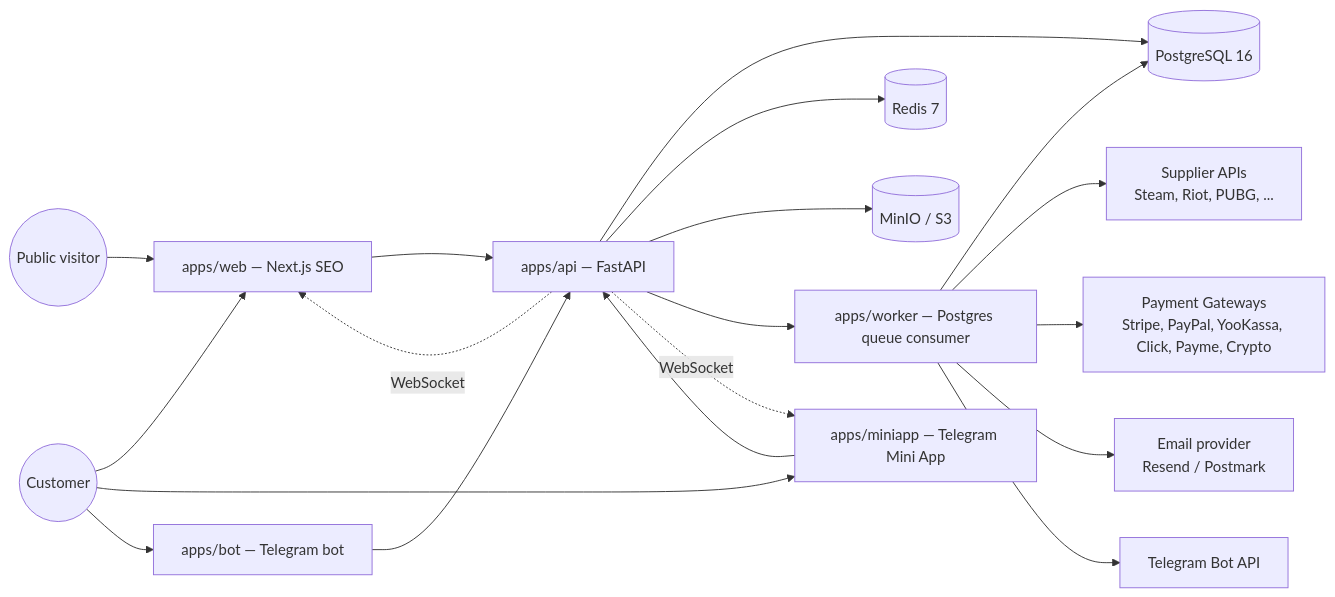
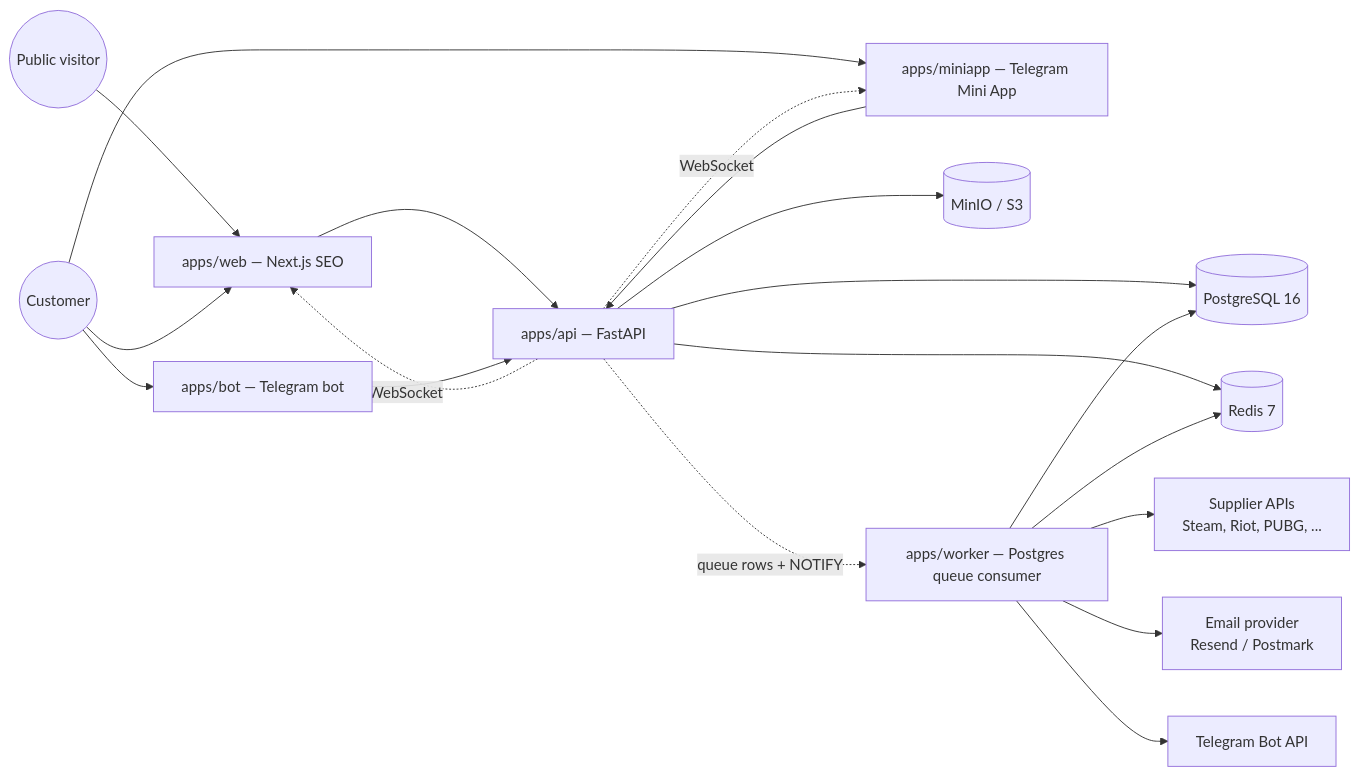
Before and after one commit to jamaomonov/yupay: the diagram in docs/architecture/overview.md, drawn with Mermaid. The commit also changed 7 other files, not shown here.

````diff
--- a/docs/architecture/overview.md
+++ b/docs/architecture/overview.md
@@ -10,23 +10,23 @@
 ```mermaid
 flowchart LR
     Visitor((Public visitor)) --> Web[apps/web — Next.js SEO]
     Customer((Customer)) --> Web
     Customer --> MiniApp[apps/miniapp — Telegram Mini App]
     Customer --> Bot[apps/bot — Telegram bot]
 
     Web --> API[apps/api — FastAPI]
     MiniApp --> API
     Bot --> API
 
     API --> Postgres[(PostgreSQL 16)]
     API --> Redis[(Redis 7)]
     API --> MinIO[(MinIO / S3)]
-    API --> Worker[apps/worker — Postgres queue consumer]
+    API -. queue rows + NOTIFY .-> Worker[apps/worker — Postgres queue consumer]
     Worker --> Postgres
     Worker --> Suppliers[Supplier APIs<br/>Steam, Riot, PUBG, ...]
-    Worker --> Payments[Payment Gateways<br/>Stripe, PayPal, YooKassa, Click, Payme, Crypto]
+    Worker --> Redis
     Worker --> Email[Email provider<br/>Resend / Postmark]
     Worker --> TG[Telegram Bot API]
     API -. WebSocket .-> Web
     API -. WebSocket .-> MiniApp
 ```
````
